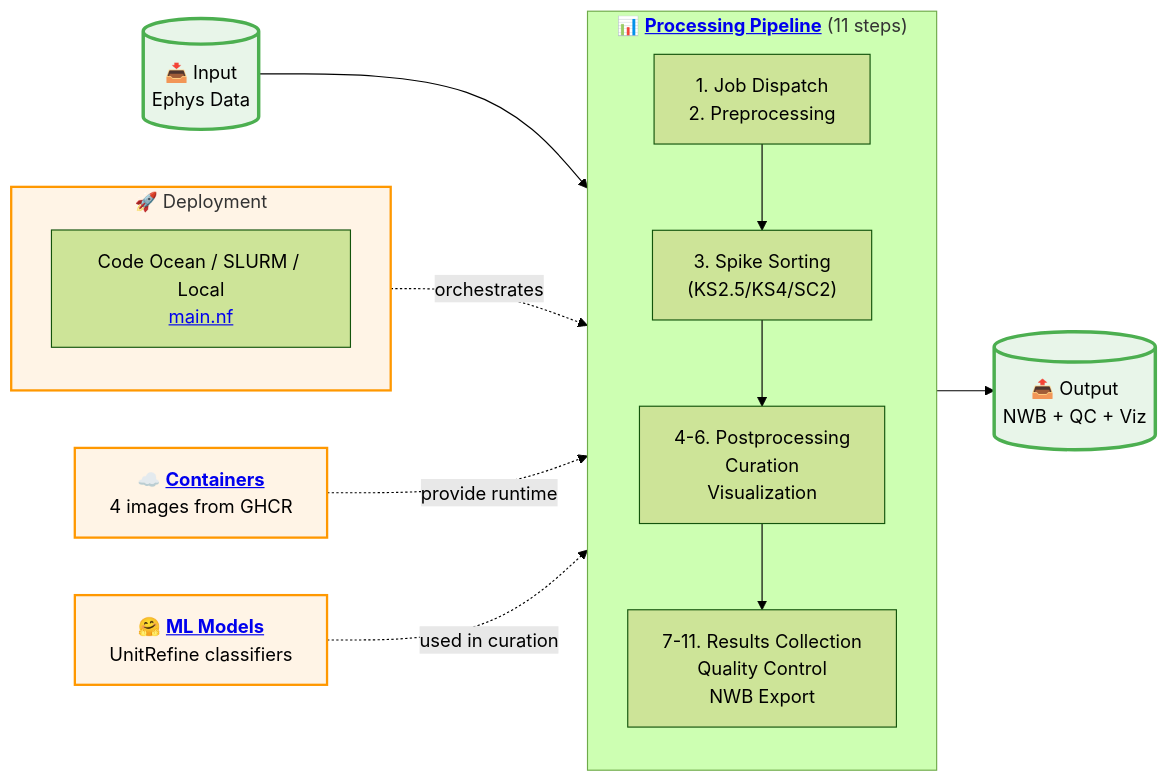
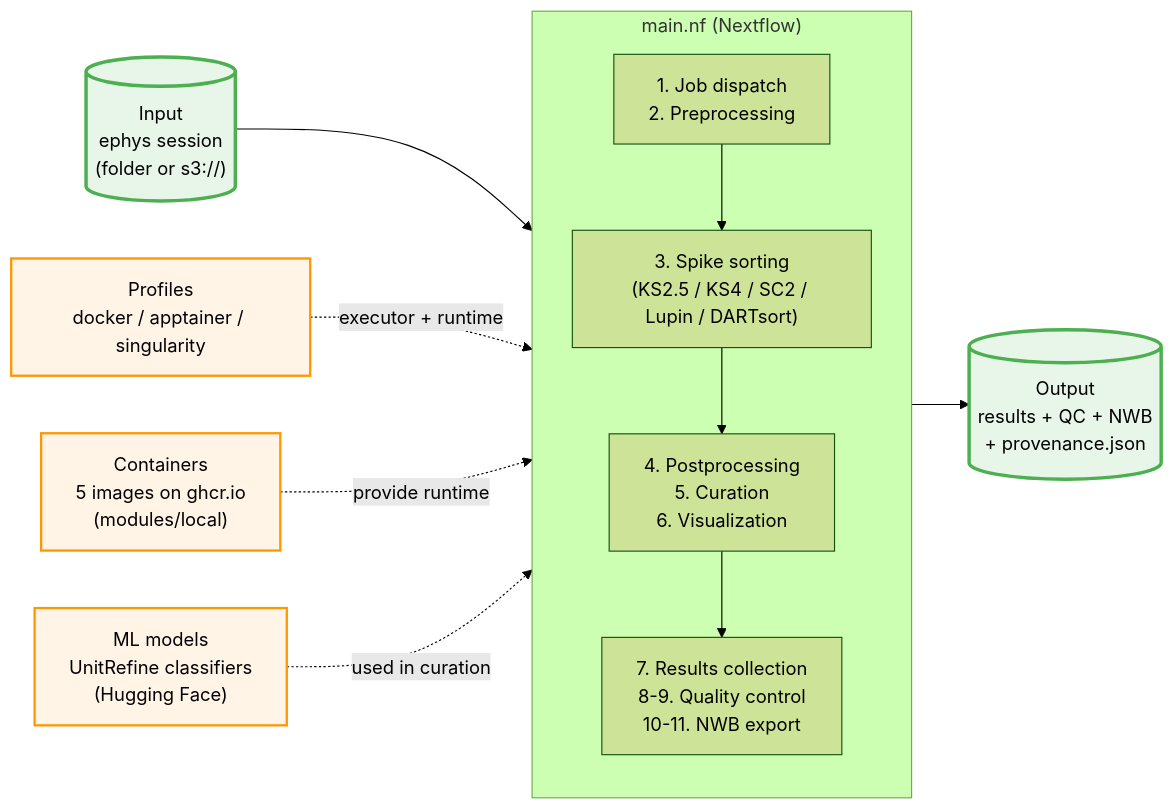
The diagram in README.md (AllenNeuralDynamics/aind-ephys-pipeline), drawn with Mermaid (forest theme) before and after one commit. The commit also changed other lines of this file and 197 other files, not shown here.

````diff
--- a/README.md
+++ b/README.md
@@ -18,41 +31,30 @@
 ```mermaid
 flowchart LR
-    %% Input/Output
-    input[("📥 Input<br/>Ephys Data")]
-    output[("📤 Output<br/>NWB + QC + Viz")]
+    input[("Input<br/>ephys session<br/>(folder or s3://)")]
+    output[("Output<br/>results + QC + NWB<br/>+ provenance.json")]
 
-    %% Deployment
-    subgraph deploy["🚀 Deployment"]
+    subgraph pipeline["main.nf (Nextflow)"]
         direction TB
-        co["Code Ocean / SLURM / Local<br/><a href='pipeline/main.nf'>main.nf</a>"]
-    end
-
-    %% Infrastructure (link to detailed docs)
-    containers["☁️ <b><a href='https://aind-ephys-pipeline.readthedocs.io/en/latest/architecture.html#infrastructure-components'>Containers</a></b><br/>4 images from GHCR"]
-    models["🤗 <b><a href='https://aind-ephys-pipeline.readthedocs.io/en/latest/architecture.html#infrastructure-components'>ML Models</a></b><br/>UnitRefine classifiers"]
-
-    %% Pipeline (simplified)
-    subgraph pipeline["📊 <b><a href='https://aind-ephys-pipeline.readthedocs.io/en/latest/architecture.html'>Processing Pipeline</a></b> (11 steps)"]
-        direction TB
-        prep["1. Job Dispatch<br/>2. Preprocessing"]
-        sort["3. Spike Sorting<br/>(KS2.5/KS4/SC2)"]
-        post["4-6. Postprocessing<br/>Curation<br/>Visualization"]
-        final["7-11. Results Collection<br/>Quality Control<br/>NWB Export"]
+        prep["1. Job dispatch<br/>2. Preprocessing"]
+        sort["3. Spike sorting<br/>(KS2.5 / KS4 / SC2 / Lupin / DARTsort)"]
+        post["4. Postprocessing<br/>5. Curation<br/>6. Visualization"]
+        final["7. Results collection<br/>8-9. Quality control<br/>10-11. NWB export"]
 
         prep --> sort --> post --> final
     end
 
-    %% Connections
+    profiles["Profiles<br/>docker / apptainer / singularity"]
+    containers["Containers<br/>5 images on ghcr.io<br/>(modules/local)"]
+    models["ML models<br/>UnitRefine classifiers<br/>(Hugging Face)"]
+
     input --> pipeline
-    deploy -.->|"orchestrates"| pipeline
+    pipeline --> output
+    profiles -.->|"executor + runtime"| pipeline
     containers -.->|"provide runtime"| pipeline
     models -.->|"used in curation"| pipeline
-    pipeline --> output
 
-    %% Styling
     classDef infra fill:#fff4e6,stroke:#ff9800,stroke-width:2px
     classDef data fill:#e8f5e9,stroke:#4caf50,stroke-width:3px
-
-    class containers,models,deploy infra
+    class profiles,containers,models infra
     class input,output data
 ```
````
